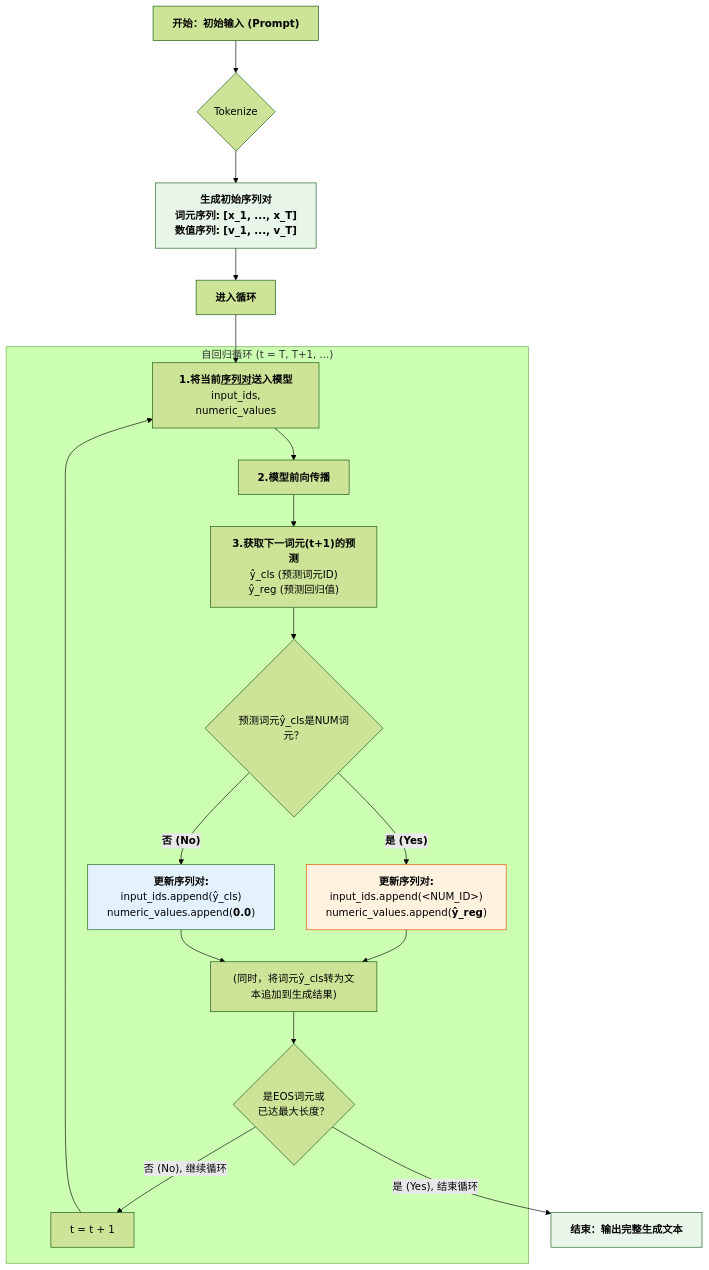
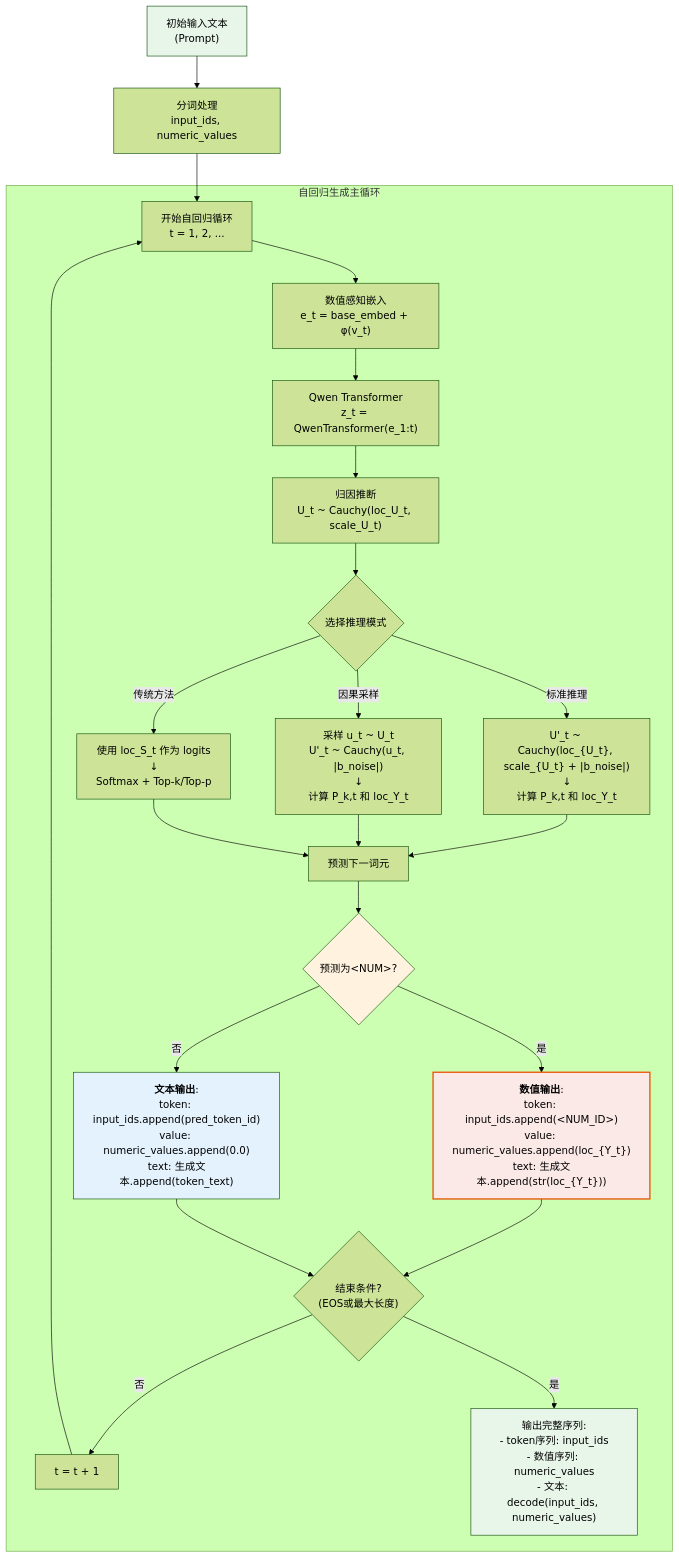
Before and after one commit to 1587causalai/CausalQwen: the seventh of 7 diagrams in docs/math_deep_dive/02_inference.md, drawn with Mermaid (forest theme). The commit also changed other lines of this file and 6 other files, not shown here.

````diff
--- a/docs/math_deep_dive/02_inference.md
+++ b/docs/math_deep_dive/02_inference.md
@@ -95,32 +773,43 @@
 ```mermaid
-graph TD
-    A["<b>开始：初始输入 (Prompt)</b>"] --> B{"Tokenize"};
-    B --> C["<b>生成初始序列对</br>词元序列: [x_1, ..., x_T]<br> 数值序列: [v_1, ..., v_T]"];
-    C --> D["<b>进入循环</b>"] --> Loop;
+graph TB
+    Start["初始输入文本<br>(Prompt)"] --> Tokenize["分词处理<br>input_ids, numeric_values"]
+    
+    Tokenize --> Loop["开始自回归循环<br>t = 1, 2, ..."]
+    
+    subgraph "自回归生成主循环"
+        Loop --> Embed["数值感知嵌入<br>e_t = base_embed + φ(v_t)"]
+        
+        Embed --> Qwen["Qwen Transformer<br>z_t = QwenTransformer(e_1:t)"]
+        
+        Qwen --> Abduction["归因推断<br>U_t ~ Cauchy(loc_U_t, scale_U_t)"]
+        
+        Abduction --> Branch{选择推理模式}
 
-    subgraph "自回归循环 (t = T, T+1, ...)"
-        Loop["<b>1.将当前<u>序列对</u>送入模型</b><br> input_ids, numeric_values"];
-        Loop --> E["<b>2.模型前向传播</b>"];
-        E --> F["<b>3.获取下一词元(t+1)的预测</b><br>ŷ_cls (预测词元ID)<br>ŷ_reg (预测回归值)"];
+        Branch -->|标准推理| Std["U'_t ~ Cauchy(loc_{U_t}, scale_{U_t} + |b_noise|)<br>↓<br>计算 P_k,t 和 loc_Y_t"]
+        Branch -->|因果采样| Causal["采样 u_t ~ U_t<br>U'_t ~ Cauchy(u_t, |b_noise|)<br>↓<br>计算 P_k,t 和 loc_Y_t"]
+        Branch -->|传统方法| Trad["使用 loc_S_t 作为 logits<br>↓<br>Softmax + Top-k/Top-p"]
         
-        F --> G{"预测词元ŷ_cls是NUM词元？"};
-
-        G -- "<b>是 (Yes)</b>" --> H["<b>更新序列对:</b><br>input_ids.append(&lt;NUM_ID&gt;)<br>numeric_values.append(<b>ŷ_reg</b>)"];
-        H --> I["(同时，将数值 ŷ_reg 转为文本追加到生成结果)"];
-
-        G -- "<b>否 (No)</b>" --> J["<b>更新序列对:</b><br>input_ids.append(ŷ_cls)<br>numeric_values.append(<b>0.0</b>)"];
-        J --> I["(同时，将词元ŷ_cls转为文本追加到生成结果)"];
+        Std --> Predict["预测下一词元"]
+        Causal --> Predict
+        Trad --> Predict
         
-        I --> K{"是EOS词元或<br>已达最大长度？"};
+        Predict --> IsNum{预测为&lt;NUM&gt;?}
         
-        K -- "否 (No), 继续循环" --> L["t = t + 1"];
-        L --> Loop;
+        IsNum -->|是| NumPath["<b>数值输出</b>:<br>token: input_ids.append(&lt;NUM_ID&gt;)<br>value: numeric_values.append(loc_{Y_t})<br>text: 生成文本.append(str(loc_{Y_t}))"]
+        IsNum -->|否| TextPath["<b>文本输出</b>:<br>token: input_ids.append(pred_token_id)<br>value: numeric_values.append(0.0)<br>text: 生成文本.append(token_text)"]
+        
+        NumPath --> Check{"结束条件?<br>(EOS或最大长度)"}
+        TextPath --> Check
+        
+        Check -->|否| Next["t = t + 1"]
+        Check -->|是| End["输出完整序列:<br>- token序列: input_ids<br>- 数值序列: numeric_values<br>- 文本: decode(input_ids, numeric_values)"]
+        
+        Next --> Loop
     end
     
-    K -- "是 (Yes), 结束循环" --> M["<b>结束：输出完整生成文本</b>"];
-
-    style C fill:#e8f5e9,stroke:#1b5e20
-    style H fill:#fff3e0,stroke:#e65100
-    style J fill:#e3f2fd,stroke:#1b5e20
-    style M fill:#e8f5e9,stroke:#1b5e20
+    style Start fill:#e8f5e9
+    style End fill:#e8f5e9
+    style IsNum fill:#fff3e0
+    style NumPath fill:#fbe9e7,stroke:#e65100,stroke-width:2px
+    style TextPath fill:#e3f2fd
 ```
````
